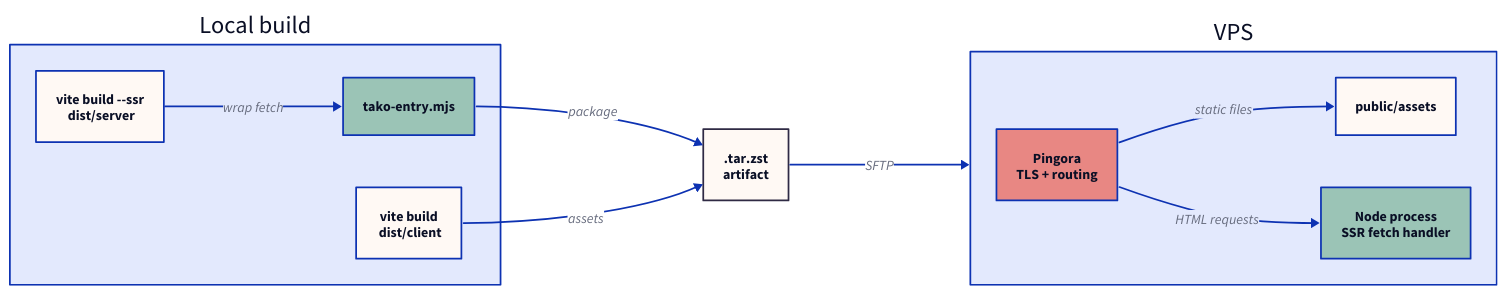
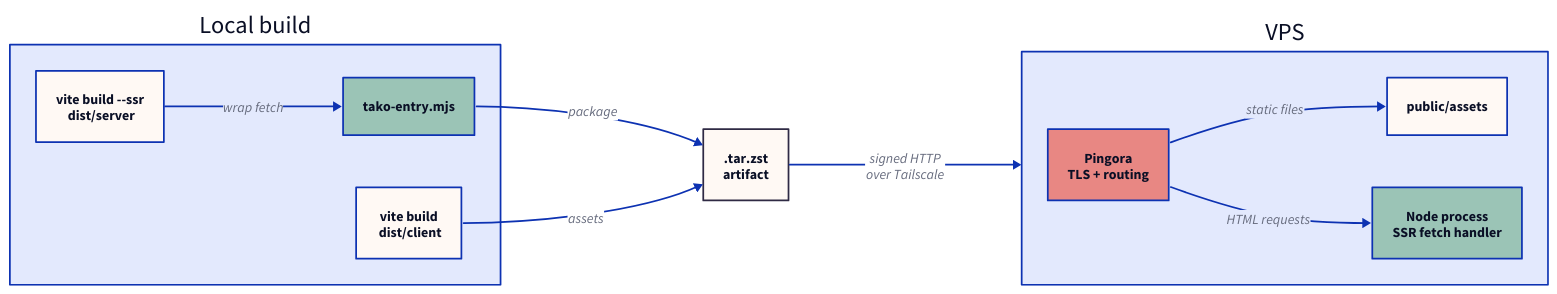
Before and after one commit to tako-sh/tako: the diagram in website/src/content/blog/how-to-deploy-a-vite-ssr-app-to-a-vps-without-docker.md, drawn with D2. The commit also changed other lines of this file and 10 other files, not shown here.

First line of the commit message:
docs(website): align blog posts with current deploy flow

````diff
--- a/website/src/content/blog/how-to-deploy-a-vite-ssr-app-to-a-vps-without-docker.md
+++ b/website/src/content/blog/how-to-deploy-a-vite-ssr-app-to-a-vps-without-docker.md
@@ -198,39 +180,39 @@
 ```d2
 direction: right
 
 local: "Local build" {
   client: "vite build\n dist/client" {
     style.fill: "#FFF9F4"
   }
   server: "vite build --ssr\n dist/server" {
     style.fill: "#FFF9F4"
   }
   wrapper: "tako-entry.mjs" {
     style.fill: "#9BC4B6"
   }
   server -> wrapper: "wrap fetch"
 }
 
 artifact: ".tar.zst\nartifact" {
   style.fill: "#FFF9F4"
   style.stroke: "#2F2A44"
 }
 
 vps: "VPS" {
   proxy: "Pingora\nTLS + routing" {
     style.fill: "#E88783"
   }
   public: "public/assets" {
     style.fill: "#FFF9F4"
   }
   node: "Node process\nSSR fetch handler" {
     style.fill: "#9BC4B6"
   }
   proxy -> public: "static files"
   proxy -> node: "HTML requests"
 }
 
 local.wrapper -> artifact: "package"
 local.client -> artifact: "assets"
-artifact -> vps: "SFTP"
+artifact -> vps: "signed HTTP\nover Tailscale"
 ```
````
